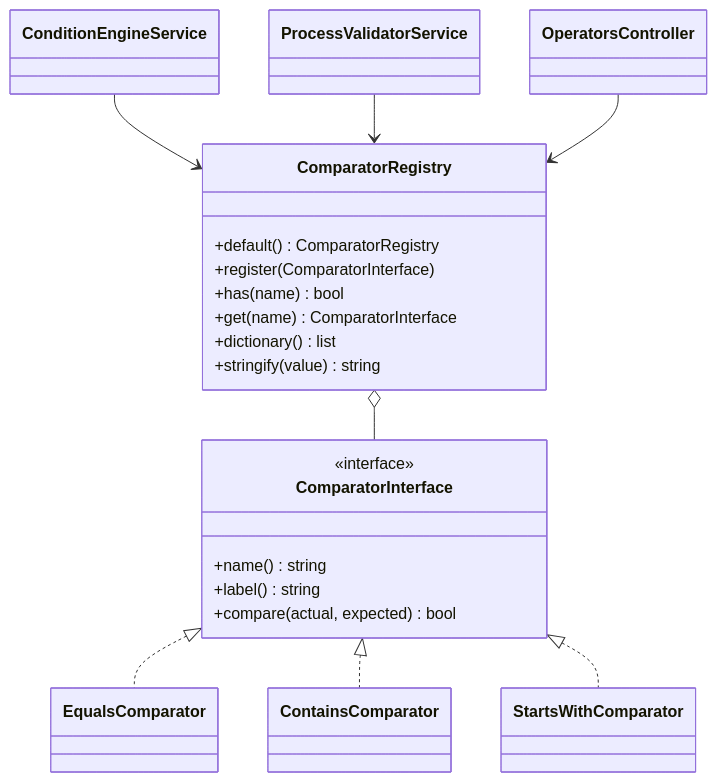
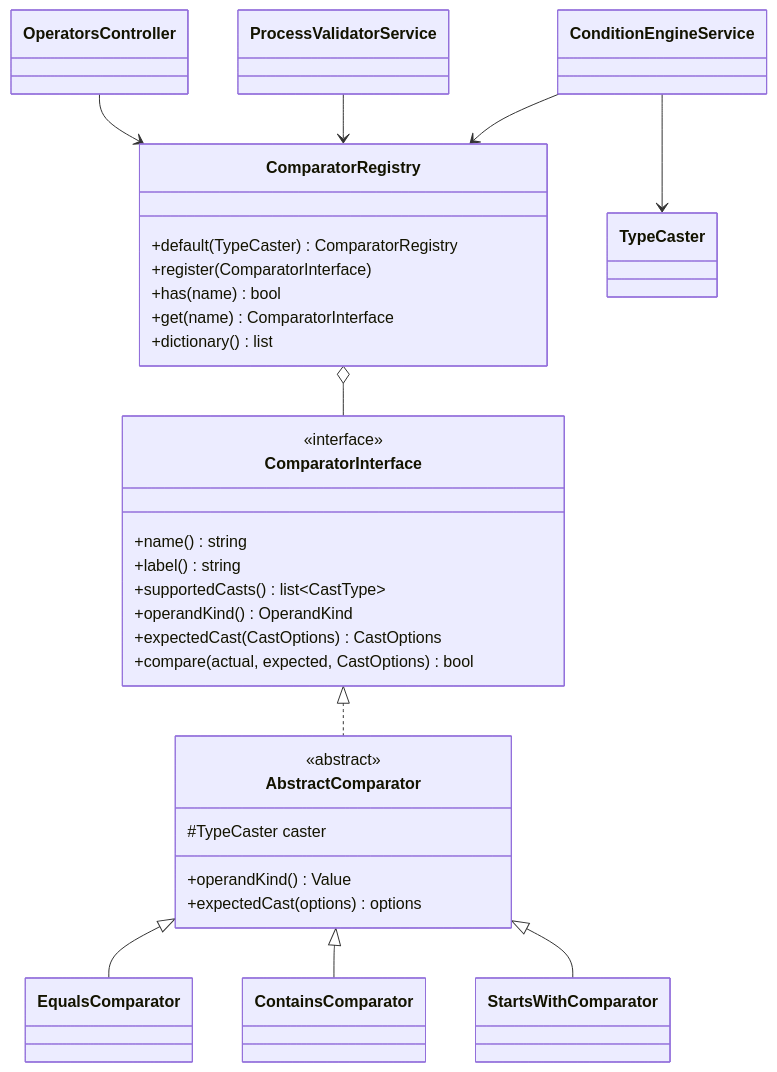
One commit to madarch-labs/Workflow-Processing-Service changed the diagram in doc/en/07-developer-guide/extending/new-comparator.md. Above: the diagram before and after it, drawn with Mermaid. The commit also changed other lines of this file and 370 other files, not shown here.

````diff
--- a/doc/en/07-developer-guide/extending/new-comparator.md
+++ b/doc/en/07-developer-guide/extending/new-comparator.md
@@ -16,24 +21,34 @@
 ```mermaid
 classDiagram
     class ComparatorInterface {
         <<interface>>
         +name() string
         +label() string
-        +compare(actual, expected) bool
+        +supportedCasts() list~CastType~
+        +operandKind() OperandKind
+        +expectedCast(CastOptions) CastOptions
+        +compare(actual, expected, CastOptions) bool
+    }
+    class AbstractComparator {
+        <<abstract>>
+        #TypeCaster caster
+        +operandKind() Value
+        +expectedCast(options) options
     }
     class ComparatorRegistry {
-        +default() ComparatorRegistry
+        +default(TypeCaster) ComparatorRegistry
         +register(ComparatorInterface)
         +has(name) bool
         +get(name) ComparatorInterface
         +dictionary() list
-        +stringify(value) string
     }
-    ComparatorInterface <|.. EqualsComparator
-    ComparatorInterface <|.. ContainsComparator
-    ComparatorInterface <|.. StartsWithComparator
+    ComparatorInterface <|.. AbstractComparator
+    AbstractComparator <|-- EqualsComparator
+    AbstractComparator <|-- ContainsComparator
+    AbstractComparator <|-- StartsWithComparator
     ComparatorRegistry o-- ComparatorInterface
     ConditionEngineService --> ComparatorRegistry
+    ConditionEngineService --> TypeCaster
     ProcessValidatorService --> ComparatorRegistry
     OperatorsController --> ComparatorRegistry
 ```
````
